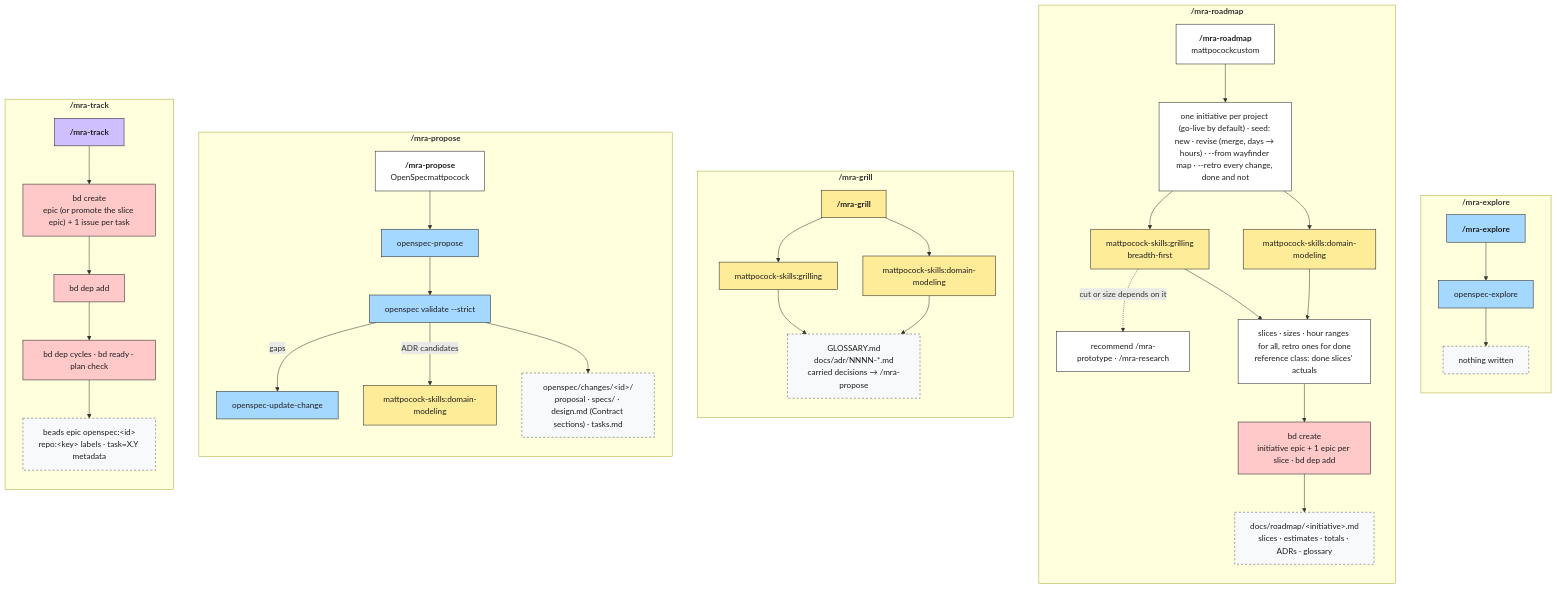
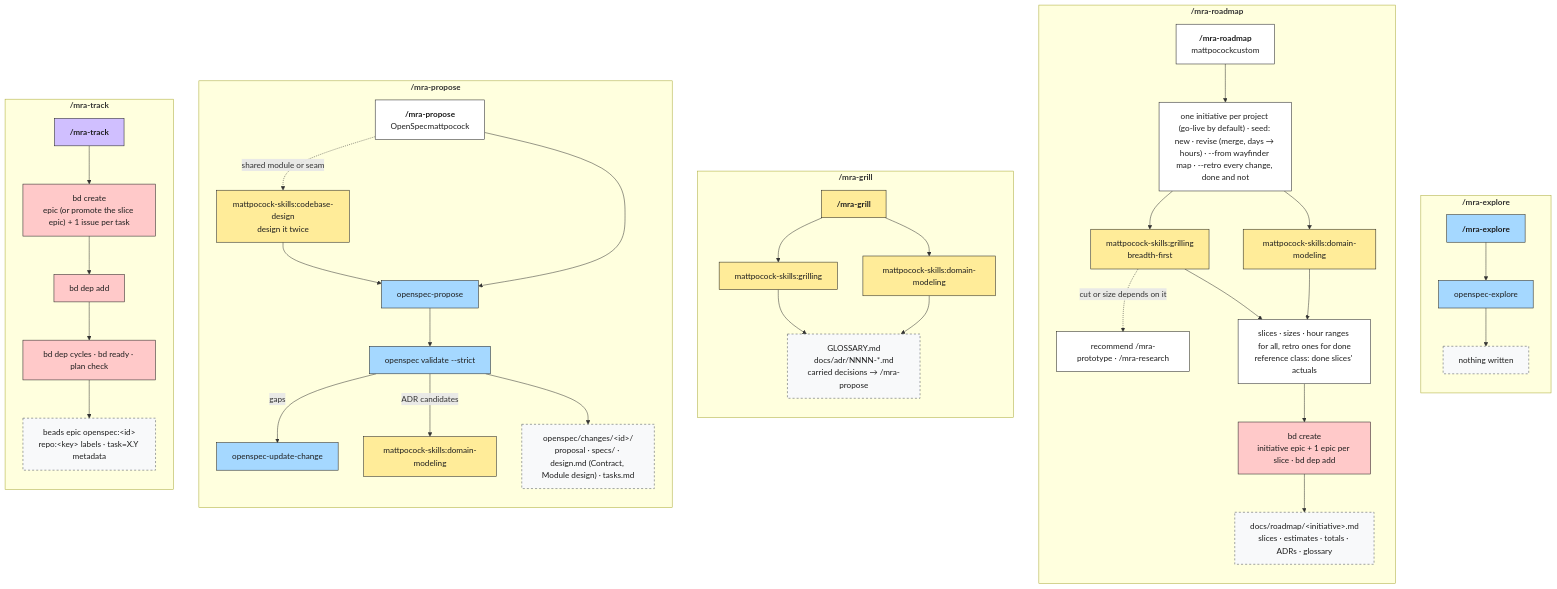
One commit to Ancora-Ancora/mra-flow changed the second of 5 diagrams in payload/orchestrator/.mra-flow/docs/mra-flow.md. Above: the diagram before and after it, drawn with Mermaid. The commit also changed other lines of this file and 9 other files, not shown here.

First line of the commit message:
Run codebase-design on shared modules and seams in /mra-propose and /mra-update

````diff
--- a/payload/orchestrator/.mra-flow/docs/mra-flow.md
+++ b/payload/orchestrator/.mra-flow/docs/mra-flow.md
@@ -101,53 +101,55 @@
 ```mermaid
 %%{init: {"themeCSS": ".t{font-size:1.25em;font-weight:700} .bos,.bsp,.bmp,.bcu{padding:2px 6px} .bos{background:#a5d8ff} .bsp{background:#b2f2bb} .bmp{background:#ffec99} .bcu{background:#d0bfff}"}}%%
 flowchart TB
     classDef phase fill:#d0bfff,stroke:#1e1e1e,color:#1e1e1e
     classDef oswrap fill:#a5d8ff,stroke:#1e1e1e,color:#1e1e1e
     classDef striped fill:#ffffff,stroke:#1e1e1e,color:#1e1e1e
     classDef stripedopt fill:#ffffff,stroke:#1e1e1e,stroke-dasharray:5 5,color:#1e1e1e
     classDef spwrap fill:#b2f2bb,stroke:#1e1e1e,color:#1e1e1e
     classDef mpwrap fill:#ffec99,stroke:#1e1e1e,color:#1e1e1e
     classDef sp fill:#b2f2bb,stroke:#1e1e1e,color:#1e1e1e
     classDef mp fill:#ffec99,stroke:#1e1e1e,color:#1e1e1e
     classDef os fill:#a5d8ff,stroke:#1e1e1e,color:#1e1e1e
     classDef bd fill:#ffc9c9,stroke:#1e1e1e,color:#1e1e1e
     classDef art fill:#f8f9fa,stroke:#495057,stroke-dasharray:4 4,color:#1e1e1e
     classDef step fill:#ffffff,stroke:#1e1e1e,color:#1e1e1e
 
     subgraph EX["<b class='t'>/mra-explore</b>"]
         direction TB
         ex["<b class='t'>/mra-explore</b>"]:::oswrap --> ex1["openspec-explore"]:::os
         ex1 --> exA["nothing written"]:::art
     end
     subgraph RM["<b class='t'>/mra-roadmap</b>"]
         direction TB
         rm["<b class='t'>/mra-roadmap</b><br/><span class='bmp'>mattpocock</span><span class='bcu'>custom</span>"]:::striped --> rm0["one initiative per project (go-live by default) · seed: new · revise (merge, days → hours) · --from wayfinder map · --retro every change, done and not"]:::step
         rm0 --> rm1["mattpocock-skills:grilling<br/>breadth-first"]:::mp
         rm0 --> rm2["mattpocock-skills:domain-modeling"]:::mp
         rm1 -. "cut or size depends on it" .-> rm5["recommend /mra-prototype · /mra-research"]:::step
         rm1 & rm2 --> rm3["slices · sizes · hour ranges for all, retro ones for done<br/>reference class: done slices' actuals"]:::step
         rm3 --> rm4["bd create<br/>initiative epic + 1 epic per slice · bd dep add"]:::bd
         rm4 --> rmA["docs/roadmap/#lt;initiative#gt;.md<br/>slices · estimates · totals · ADRs · glossary"]:::art
     end
     subgraph GR["<b class='t'>/mra-grill</b>"]
         direction TB
         gr["<b class='t'>/mra-grill</b>"]:::mpwrap --> gr1["mattpocock-skills:grilling"]:::mp
         gr --> gr2["mattpocock-skills:domain-modeling"]:::mp
         gr1 & gr2 --> grA["GLOSSARY.md<br/>docs/adr/NNNN-*.md<br/>carried decisions → /mra-propose"]:::art
     end
     subgraph PR["<b class='t'>/mra-propose</b>"]
         direction TB
-        pr["<b class='t'>/mra-propose</b><br/><span class='bos'>OpenSpec</span><span class='bmp'>mattpocock</span>"]:::striped --> pr1["openspec-propose"]:::os
+        pr["<b class='t'>/mra-propose</b><br/><span class='bos'>OpenSpec</span><span class='bmp'>mattpocock</span>"]:::striped -. "shared module or seam" .-> pr0["mattpocock-skills:codebase-design<br/>design it twice"]:::mp
+        pr0 --> pr1
+        pr --> pr1["openspec-propose"]:::os
         pr1 --> pr2["openspec validate --strict"]:::os
         pr2 -- gaps --> pr3["openspec-update-change"]:::os
         pr2 -- ADR candidates --> pr4["mattpocock-skills:domain-modeling"]:::mp
-        pr2 --> prA["openspec/changes/#lt;id#gt;/<br/>proposal · specs/ · design.md (Contract sections) · tasks.md"]:::art
+        pr2 --> prA["openspec/changes/#lt;id#gt;/<br/>proposal · specs/ · design.md (Contract, Module design) · tasks.md"]:::art
     end
     subgraph TR["<b class='t'>/mra-track</b>"]
         direction TB
         tr["<b class='t'>/mra-track</b>"]:::phase --> tr1["bd create<br/>epic (or promote the slice epic) + 1 issue per task"]:::bd
         tr1 --> tr2["bd dep add"]:::bd
         tr2 --> tr3["bd dep cycles · bd ready · plan check"]:::bd
         tr3 --> trA["beads epic openspec:#lt;id#gt;<br/>repo:#lt;key#gt; labels · task=X.Y metadata"]:::art
     end
 ```
````
